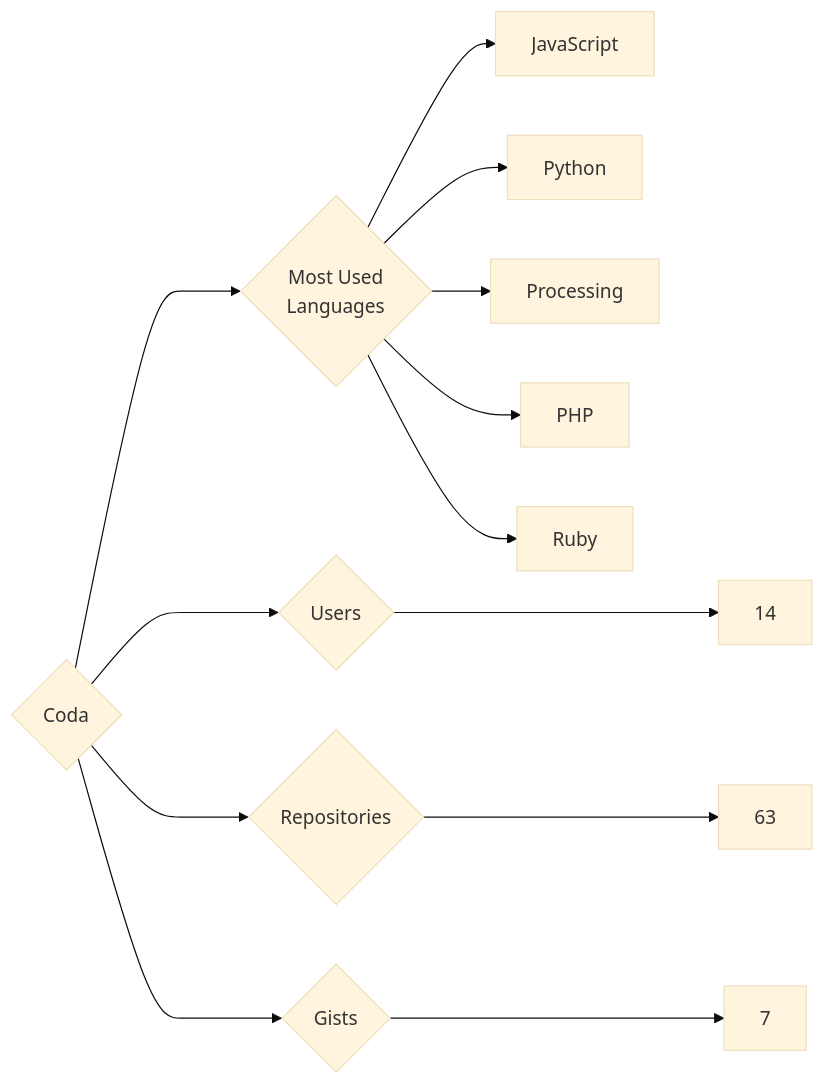
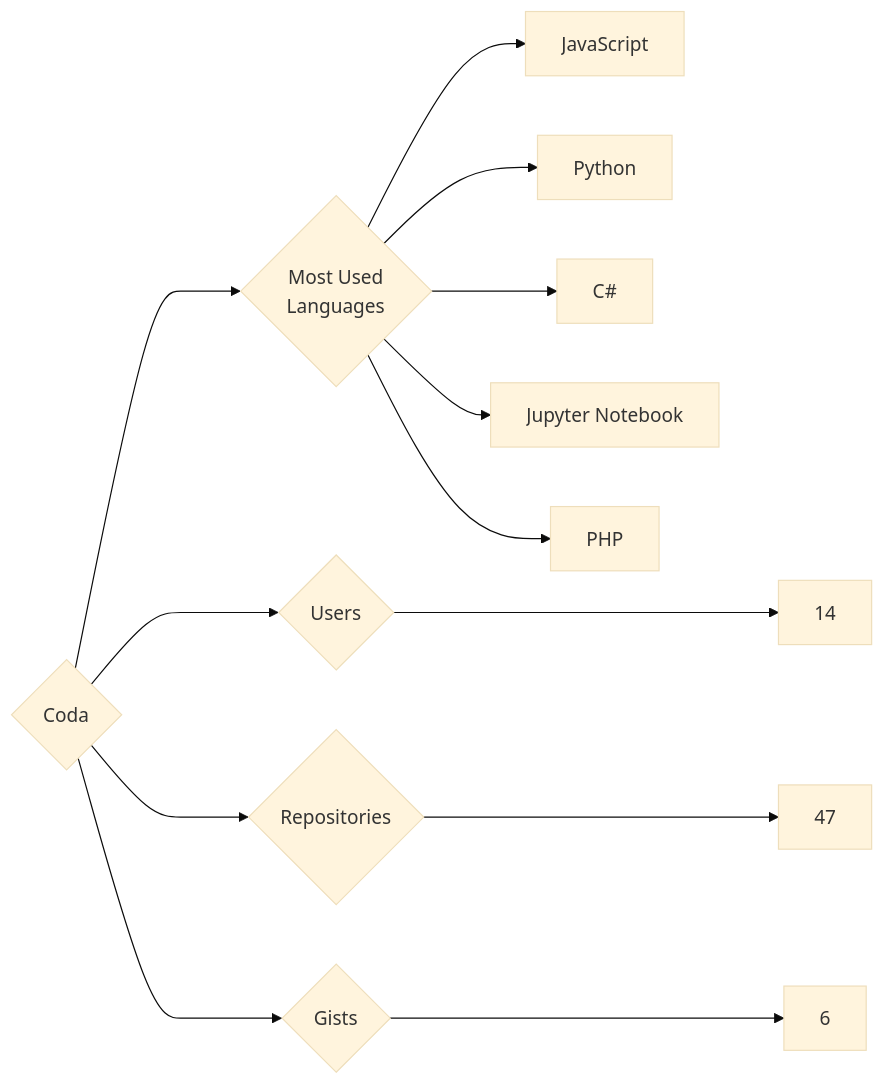
One commit to trickest/insiders changed the diagram in targets/Coda/README.md. Above: the diagram before and after it, drawn with Mermaid (base theme). The commit also changed 934 other files, not shown here.

````diff
--- a/targets/Coda/README.md
+++ b/targets/Coda/README.md
@@ -3,13 +3,13 @@
 ```mermaid
 graph LR
 COMPANY_NAME{Coda}
 COMPANY_NAME ---> U{Users} ---> UN[14]
-COMPANY_NAME ---> R{Repositories} ---> RN[63]
-COMPANY_NAME ---> G{Gists} ---> GN[7]
+COMPANY_NAME ---> R{Repositories} ---> RN[47]
+COMPANY_NAME ---> G{Gists} ---> GN[6]
 COMPANY_NAME ---> ML{Most Used<br>Languages}
 ML --> JavaScript[JavaScript]
 ML --> Python[Python]
-ML --> Processing[Processing]
+ML --> C#[C#]
+ML --> Jupyter_Notebook[Jupyter Notebook]
 ML --> PHP[PHP]
-ML --> Ruby[Ruby]
 ```
````
